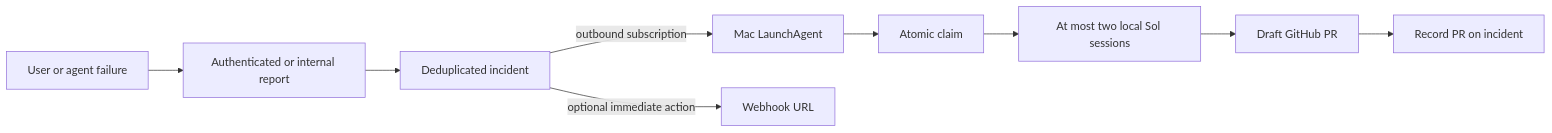
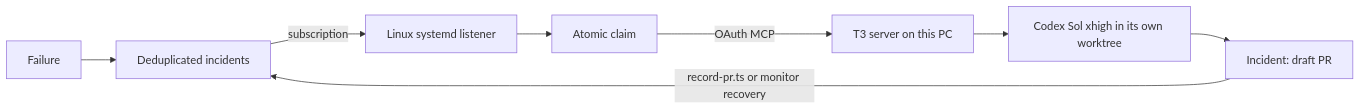
The diagram in docs/incidents.md (revlinehq/Revline), drawn with Mermaid before and after one commit. The commit also changed other lines of this file and 4 other files, not shown here.

Commit message:
Harden MCP recovery and document the verified PC listener

````diff
--- a/docs/incidents.md
+++ b/docs/incidents.md
@@ -9,11 +7,10 @@
 ```mermaid
 flowchart LR
-  failures[User or agent failure] --> report[Authenticated or internal report]
-  report --> incident[Deduplicated incident]
-  incident -->|outbound subscription| mac[Mac LaunchAgent]
-  incident -->|optional immediate action| webhook[Webhook URL]
-  mac --> claim[Atomic claim]
-  claim --> sol[At most two local Sol sessions]
-  sol --> pr[Draft GitHub PR]
-  pr --> link[Record PR on incident]
+  Failure --> Convex[Deduplicated incidents]
+  Convex -->|subscription| PC[Linux systemd listener]
+  PC --> Claim[Atomic claim]
+  Claim -->|OAuth MCP| T3[T3 server on this PC]
+  T3 --> Sol[Codex Sol xhigh in its own worktree]
+  Sol --> PR[Incident: draft PR]
+  PR -->|record-pr.ts or monitor recovery| Convex
 ```
````
